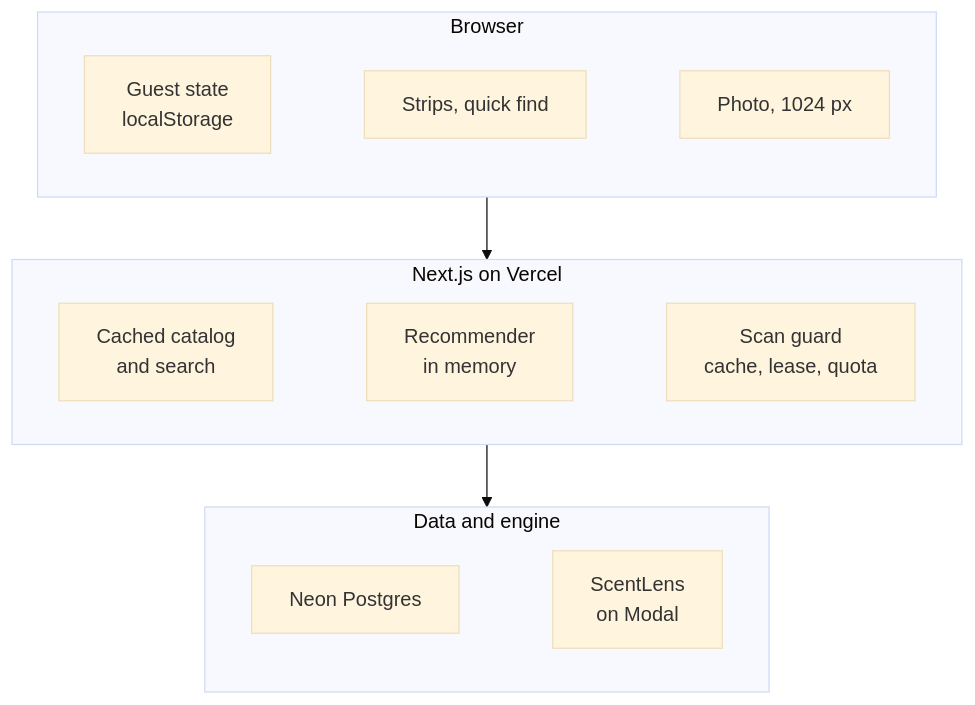
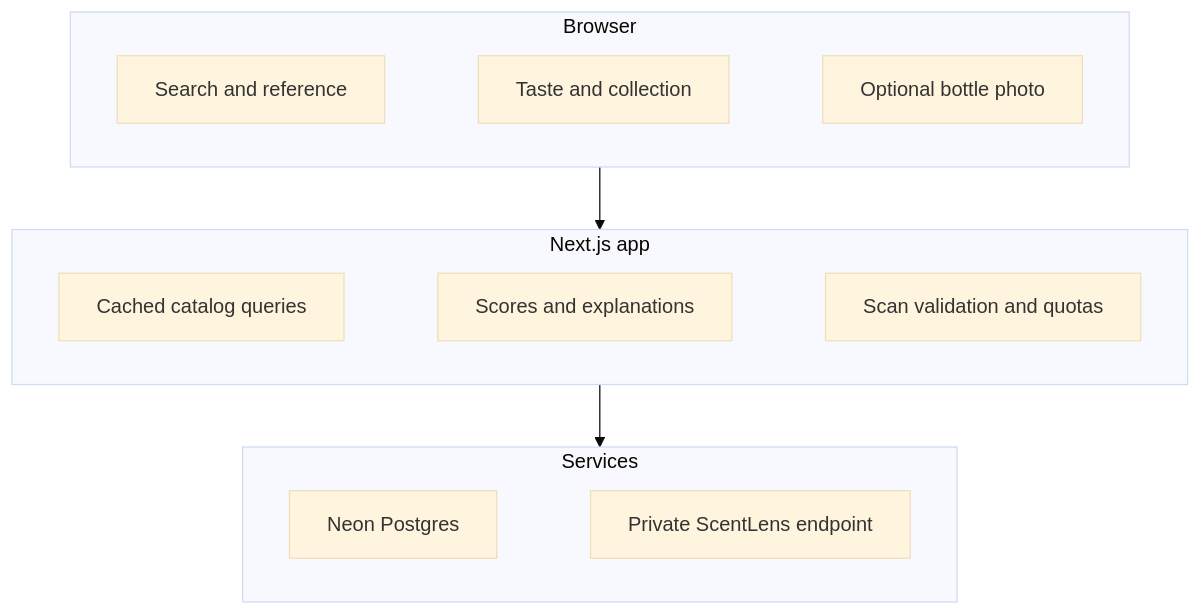
One commit to bhnsadhu/accord changed the diagram in README.md. Above: the diagram before and after it, drawn with Mermaid (base theme). The commit also changed other lines of this file and 1 other file, not shown here.

````diff
--- a/README.md
+++ b/README.md
@@ -42,17 +54,17 @@
 ```mermaid
 flowchart TD
-  subgraph client["Browser"]
+  subgraph client[Browser]
     direction LR
-    guest["Guest state<br/>localStorage"] ~~~ ui["Strips, quick find"] ~~~ cam["Photo, 1024 px"]
+    Browse["Search and reference"] ~~~ Taste["Taste and collection"] ~~~ Photo["Optional bottle photo"]
   end
-  subgraph server["Next.js on Vercel"]
+  subgraph app[Next.js app]
     direction LR
-    cat["Cached catalog<br/>and search"] ~~~ reco["Recommender<br/>in memory"] ~~~ guard["Scan guard<br/>cache, lease, quota"]
+    Catalog["Cached catalog queries"] ~~~ Reco["Scores and explanations"] ~~~ Guard["Scan validation and quotas"]
   end
-  subgraph data["Data and engine"]
+  subgraph services[Services]
     direction LR
-    db["Neon Postgres"] ~~~ lens["ScentLens<br/>on Modal"]
+    DB["Neon Postgres"] ~~~ ML["Private ScentLens endpoint"]
   end
-  client --> server
-  server --> data
+  client --> app
+  app --> services
 ```
````
